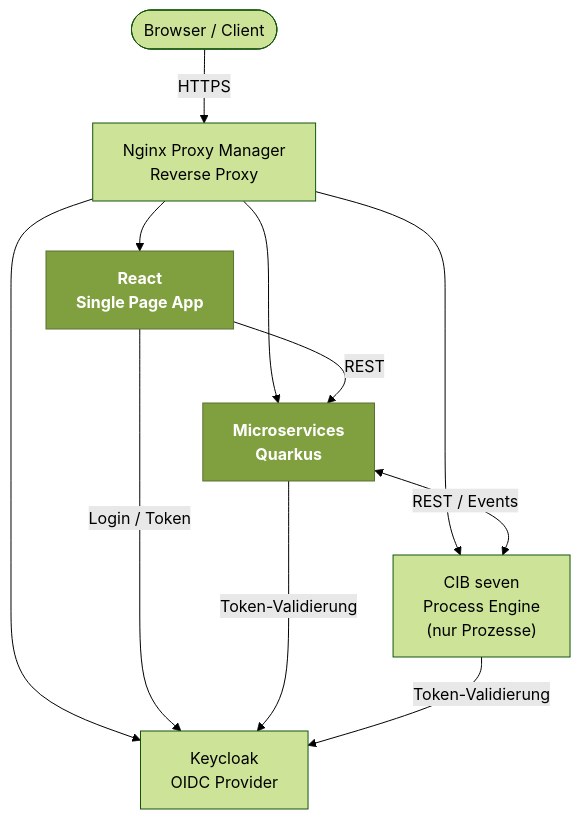
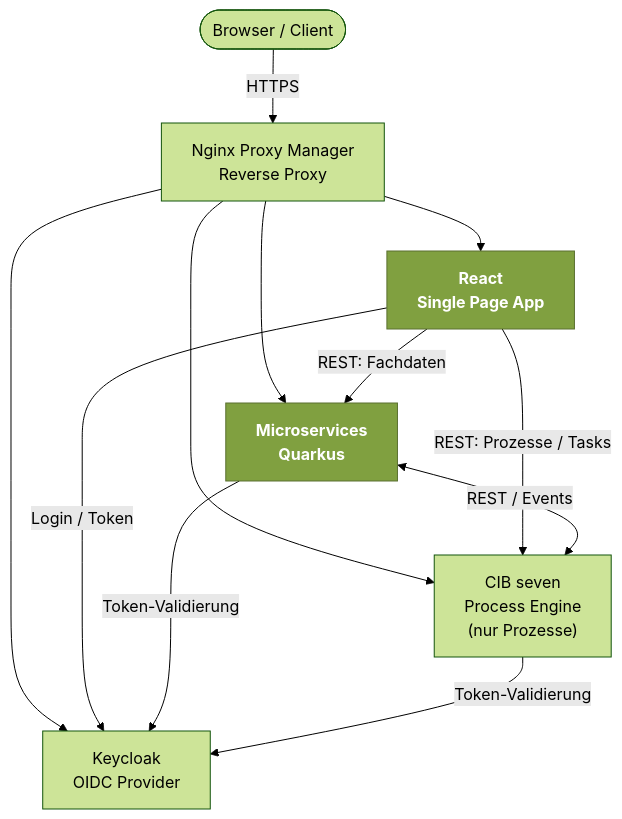
The diagram in docs/technik/architektur.md (d135-1r43/winfprojekt), drawn with Mermaid (forest theme) before and after one commit. The commit also changed other lines of this file and 2 other files, not shown here.

First line of the commit message:
docs: Frontend spricht für Prozessinteraktion direkt mit CIB seven

````diff
--- a/docs/technik/architektur.md
+++ b/docs/technik/architektur.md
@@ -11,25 +11,26 @@
 ```mermaid
 graph TD
     Browser(["Browser / Client"])
     NGINX["Nginx Proxy Manager\nReverse Proxy"]
     UI["React\nSingle Page App"]
     MS["Microservices\nQuarkus"]
     CIB["CIB seven\nProcess Engine\n(nur Prozesse)"]
     Keycloak["Keycloak\nOIDC Provider"]
 
     Browser -->|HTTPS| NGINX
     NGINX --> UI
     NGINX --> MS
     NGINX --> CIB
     NGINX --> Keycloak
 
-    UI -->|REST| MS
+    UI -->|REST: Fachdaten| MS
+    UI -->|REST: Prozesse / Tasks| CIB
     UI -->|Login / Token| Keycloak
 
     MS <-->|REST / Events| CIB
     MS -->|Token-Validierung| Keycloak
     CIB -->|Token-Validierung| Keycloak
 
     classDef developed fill:#80a040,stroke:#5a7030,color:#ffffff,font-weight:bold
     class UI,MS developed
 ```
````
